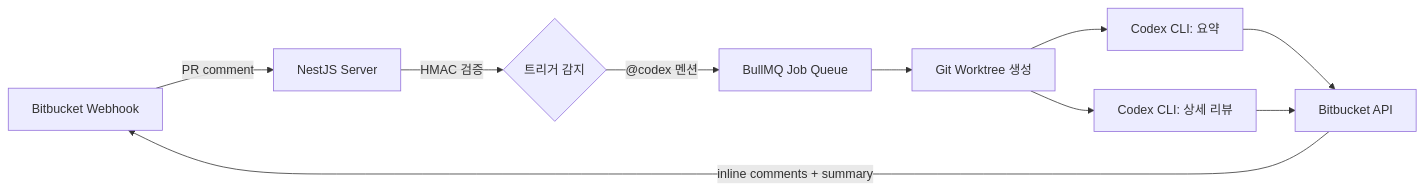
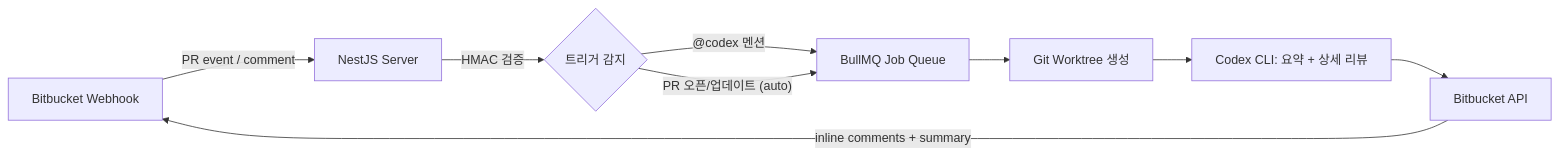
One commit to azyu/bitbucket-codex-code-review changed the diagram in README.md. Above: the diagram before and after it, drawn with Mermaid. The commit also changed other lines of this file, not shown here.

Commit message:
docs: update README with auto trigger mode and unified review flow

````diff
--- a/README.md
+++ b/README.md
@@ -9,12 +9,11 @@
 ```mermaid
 flowchart LR
-    A[Bitbucket Webhook] -->|PR comment| B[NestJS Server]
+    A[Bitbucket Webhook] -->|PR event / comment| B[NestJS Server]
     B -->|HMAC 검증| C{트리거 감지}
     C -->|"@codex 멘션"| D[BullMQ Job Queue]
+    C -->|"PR 오픈/업데이트 (auto)"| D
     D --> E[Git Worktree 생성]
-    E --> F1[Codex CLI: 요약]
-    E --> F2[Codex CLI: 상세 리뷰]
-    F1 --> G[Bitbucket API]
-    F2 --> G
+    E --> F[Codex CLI: 요약 + 상세 리뷰]
+    F --> G[Bitbucket API]
     G -->|inline comments + summary| A
 ```
````
